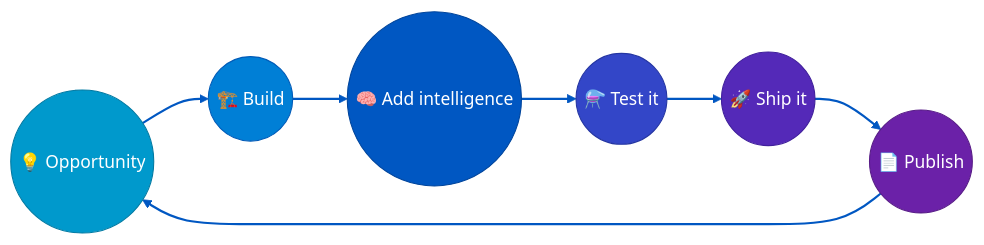
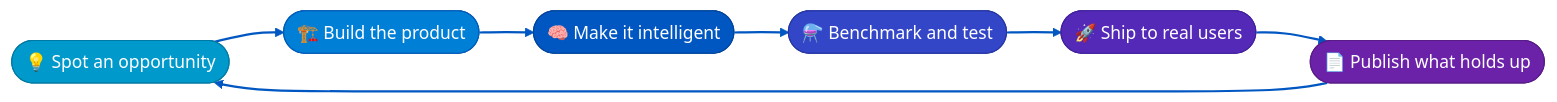
Before and after one commit to mmohajer9/mmohajer9: the diagram in README.md, drawn with Mermaid (base theme).

Commit message:
Revert Figure 1 to stadium shape after circle experiment looked worse

````diff
--- a/README.md
+++ b/README.md
@@ -29,16 +29,16 @@
 ```mermaid
 flowchart LR
-    A(("💡 Opportunity")) --> B(("🏗️ Build"))
-    B --> C(("🧠 Add intelligence"))
-    C --> D(("⚗️ Test it"))
-    D --> E(("🚀 Ship it"))
-    E --> F(("📄 Publish"))
+    A(["💡 Spot an opportunity"]) --> B(["🏗️ Build the product"])
+    B --> C(["🧠 Make it intelligent"])
+    C --> D(["⚗️ Benchmark and test"])
+    D --> E(["🚀 Ship to real users"])
+    E --> F(["📄 Publish what holds up"])
     F --> A
     style A fill:#0099cc,stroke:#007aa3,color:#ffffff
     style B fill:#007fd6,stroke:#005bb8,color:#ffffff
     style C fill:#0057c2,stroke:#00459c,color:#ffffff
     style D fill:#3346c8,stroke:#2536a3,color:#ffffff
     style E fill:#5429b8,stroke:#41209c,color:#ffffff
     style F fill:#6b21a8,stroke:#581c87,color:#ffffff
     linkStyle default stroke:#0057c2,stroke-width:2px
 ```
````
